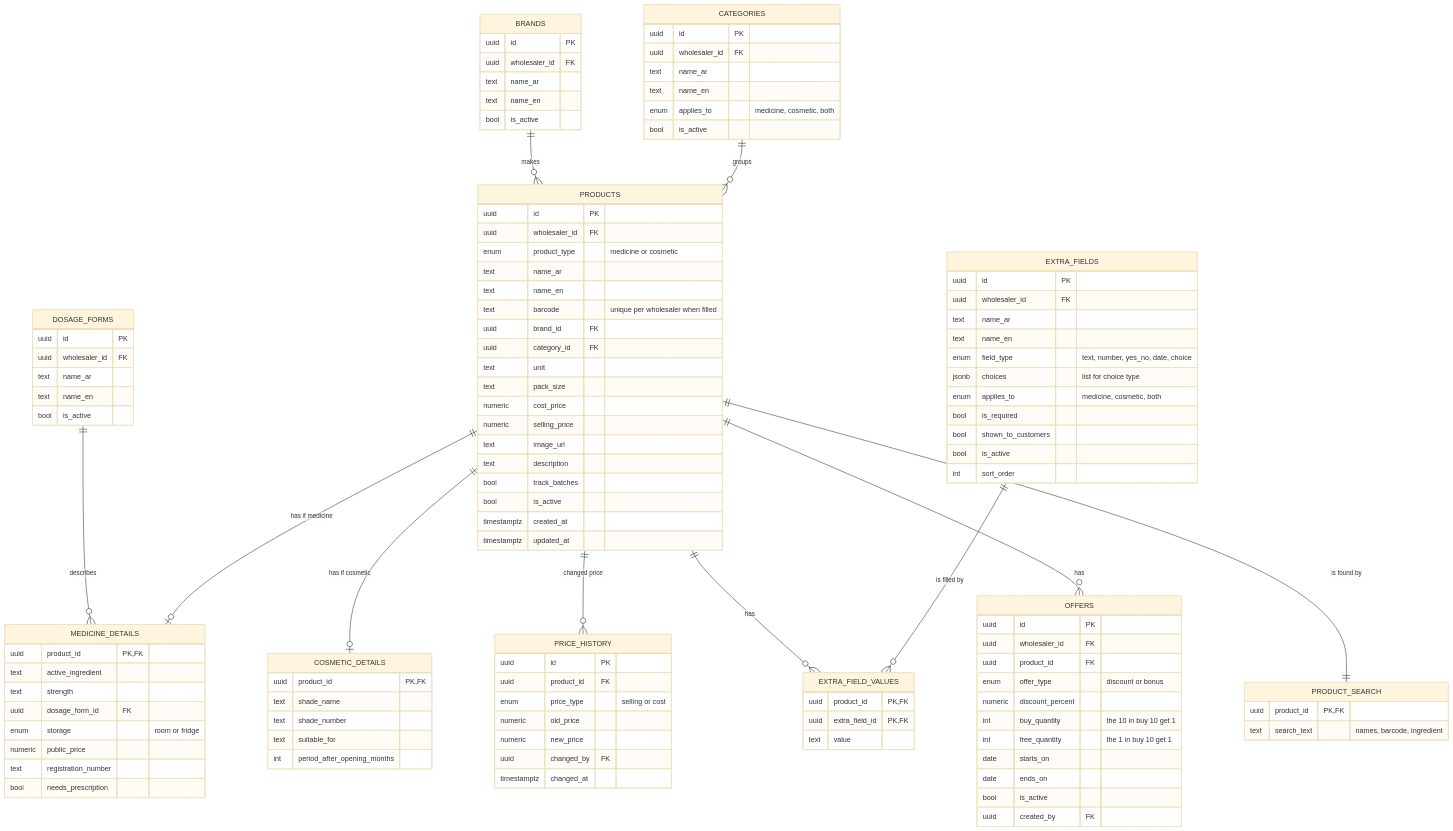
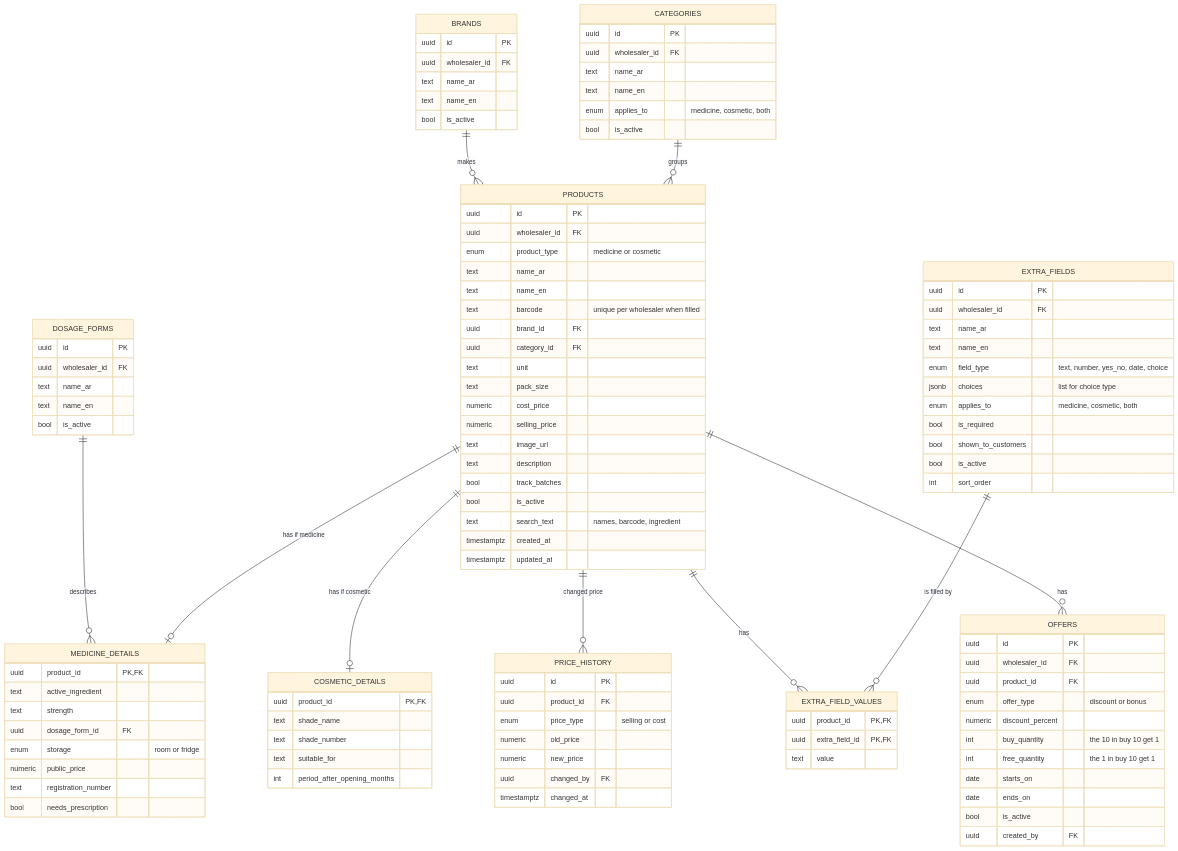
Before and after one commit to AhmedElnagarUU/Cosmo: the fourth of 14 diagrams in docs/technical/01-database-design.md, drawn with Mermaid (base theme). The commit also changed other lines of this file and 15 other files, not shown here.

````diff
--- a/docs/technical/01-database-design.md
+++ b/docs/technical/01-database-design.md
@@ -314,6 +314,7 @@
         text description
         bool track_batches
         bool is_active
+        text search_text "names, barcode, ingredient"
         timestamptz created_at
         timestamptz updated_at
     }
@@ -374,10 +375,6 @@
         bool is_active
         uuid created_by FK
     }
-    PRODUCT_SEARCH {
-        uuid product_id PK, FK
-        text search_text "names, barcode, ingredient"
-    }
 
     CATEGORIES ||--o{ PRODUCTS : groups
     BRANDS ||--o{ PRODUCTS : makes
@@ -388,5 +385,4 @@
     PRODUCTS ||--o{ EXTRA_FIELD_VALUES : has
     PRODUCTS ||--o{ PRICE_HISTORY : "changed price"
     PRODUCTS ||--o{ OFFERS : has
-    PRODUCTS ||--|| PRODUCT_SEARCH : "is found by"
 ```
````
